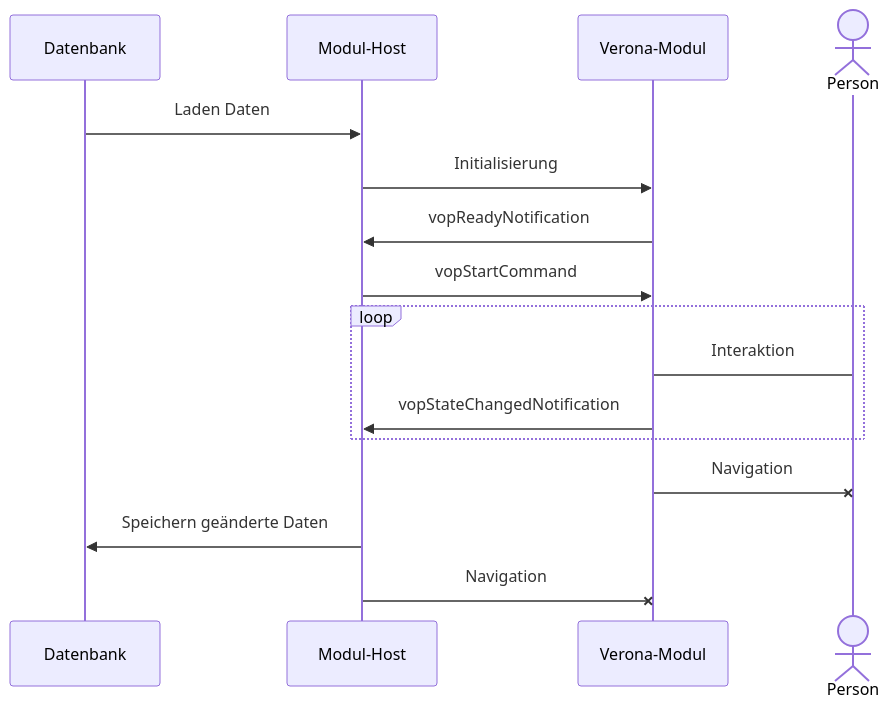
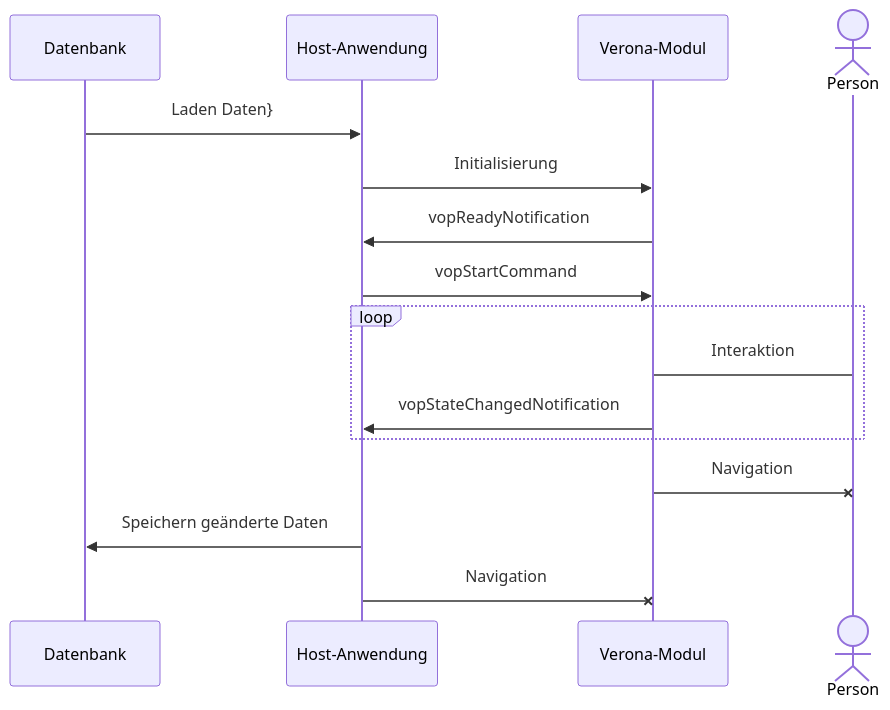
The diagram in intro/modelling.qmd (verona-interfaces/verona-interfaces.github.io), drawn with Mermaid before and after one commit. The commit also changed other lines of this file and 6 other files, not shown here.

````diff
--- a/intro/modelling.qmd
+++ b/intro/modelling.qmd
@@ -6,19 +9,19 @@
 ```{mermaid}
 sequenceDiagram
     participant DB as Datenbank
-    participant MH as Modul-Host
+    participant HA as Host-Anwendung
 
-    DB->>MH:Laden Daten
+    DB->>HA:Laden Daten}
     participant VM as Verona-Modul
-    MH->>VM:Initialisierung
-    VM->>MH:vopReadyNotification
-    MH->>VM:vopStartCommand
+    HA->>VM:Initialisierung
+    VM->>HA:vopReadyNotification
+    HA->>VM:vopStartCommand
     loop
         Actor TP as Person
         VM->TP:Interaktion
-        VM->>MH:vopStateChangedNotification
+        VM->>HA:vopStateChangedNotification
     end
     VM-xTP:Navigation
-    MH->>DB:Speichern geänderte Daten
-    MH-xVM:Navigation
+    HA->>DB:Speichern geänderte Daten
+    HA-xVM:Navigation
 ```
````
